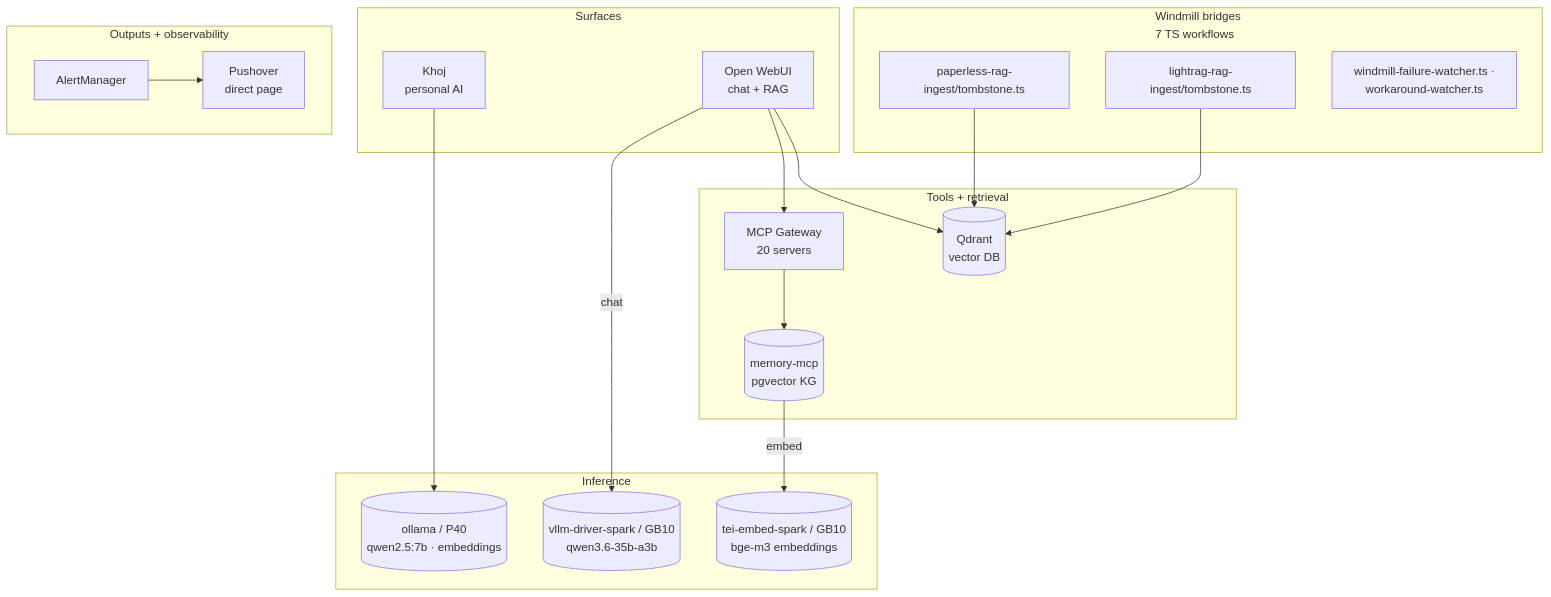
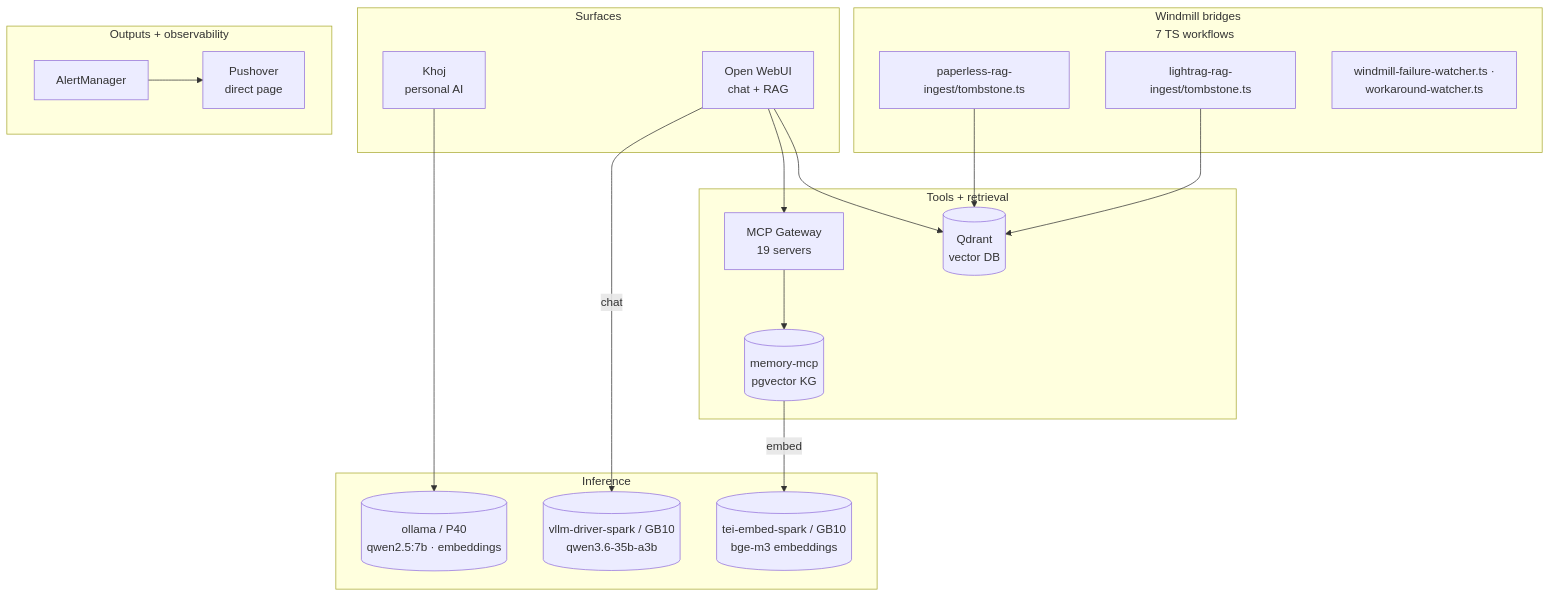
One commit to rwlove/home-ops changed the second of 2 diagrams in README.md. Above: the diagram before and after it, drawn with Mermaid. The commit also changed other lines of this file and 16 other files, not shown here.

````diff
--- a/README.md
+++ b/README.md
@@ -316,39 +316,39 @@
 ```mermaid
 flowchart TB
     subgraph Surfaces[Surfaces]
         OWUI[Open WebUI<br/>chat + RAG]
         Khoj[Khoj<br/>personal AI]
     end
 
     subgraph Bridges[Windmill bridges<br/>7 TS workflows]
         WPaperless[paperless-rag-ingest/tombstone.ts]
         WLightrag[lightrag-rag-ingest/tombstone.ts]
         WOther[windmill-failure-watcher.ts ·<br/>workaround-watcher.ts]
     end
 
     subgraph Inference[Inference]
         OllamaP40[(ollama / P40<br/>qwen2.5:7b · embeddings)]
         VllmDriver[(vllm-driver-spark / GB10<br/>qwen3.6-35b-a3b)]
         TeiEmbed[(tei-embed-spark / GB10<br/>bge-m3 embeddings)]
     end
 
     subgraph Tools[Tools + retrieval]
-        Gw[MCP Gateway<br/>20 servers]
+        Gw[MCP Gateway<br/>19 servers]
         Q[(Qdrant<br/>vector DB)]
         Mem[(memory-mcp<br/>pgvector KG)]
     end
 
     subgraph Outputs[Outputs + observability]
         AM[AlertManager]
         Push[Pushover<br/>direct page]
     end
 
     OWUI -->|chat| VllmDriver
     OWUI --> Gw --> Mem
     OWUI --> Q
     Mem -->|embed| TeiEmbed
     Khoj --> OllamaP40
     WPaperless --> Q
     WLightrag --> Q
     AM --> Push
 ```
````
